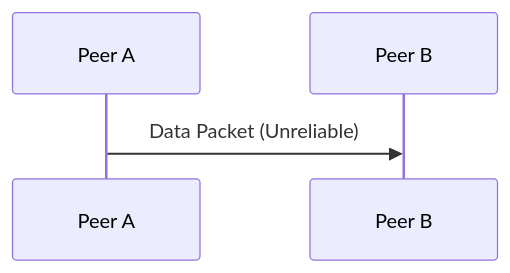
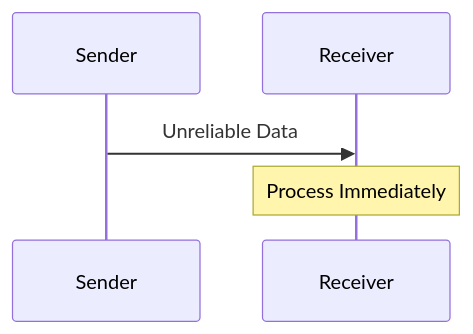
Before and after one commit to Fastcode/NUClear: diagram 13 of 15 in docs2/network/NUClearNet.md, drawn with Mermaid. The commit also changed other lines of this file, not shown here.

````diff
--- a/docs2/network/NUClearNet.md
+++ b/docs2/network/NUClearNet.md
@@ -84,6 +423,8 @@
 ```mermaid
 sequenceDiagram
-    participant Peer A
-    participant Peer B
-    Peer A->>Peer B: Data Packet (Unreliable)
+    participant Sender
+    participant Receiver
+
+    Sender->>Receiver: Unreliable Data
+    Note over Receiver: Process Immediately
 ```
````
